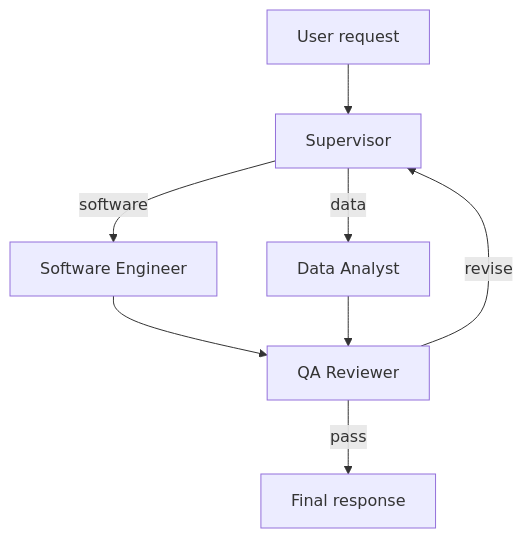
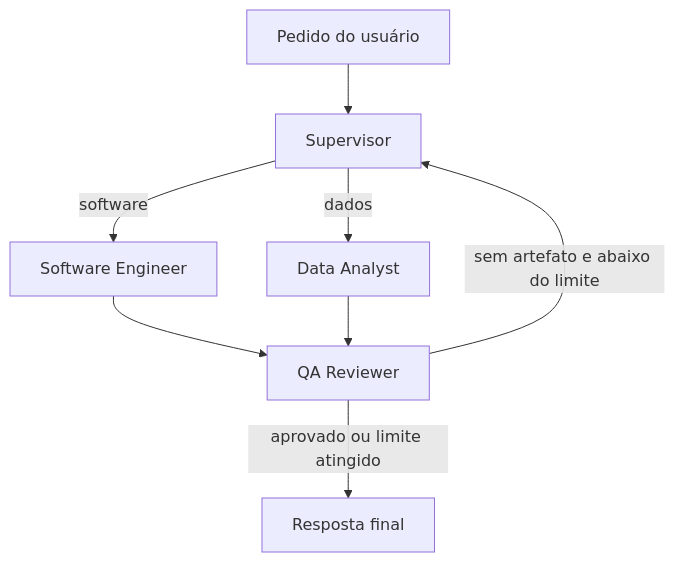
Before and after one commit to PresetyX/AI-Multi-Agent-System: the first of 2 diagrams in README.md, drawn with Mermaid. The commit also changed other lines of this file and 9 other files, not shown here.

````diff
--- a/README.md
+++ b/README.md
@@ -7,10 +20,10 @@
 ```mermaid
 graph TD
-  U[User request] --> S[Supervisor]
+  U[Pedido do usuário] --> S[Supervisor]
   S -->|software| E[Software Engineer]
-  S -->|data| D[Data Analyst]
+  S -->|dados| D[Data Analyst]
   E --> R[QA Reviewer]
   D --> R
-  R -->|revise| S
-  R -->|pass| F[Final response]
+  R -->|sem artefato e abaixo do limite| S
+  R -->|aprovado ou limite atingido| F[Resposta final]
 ```
````
